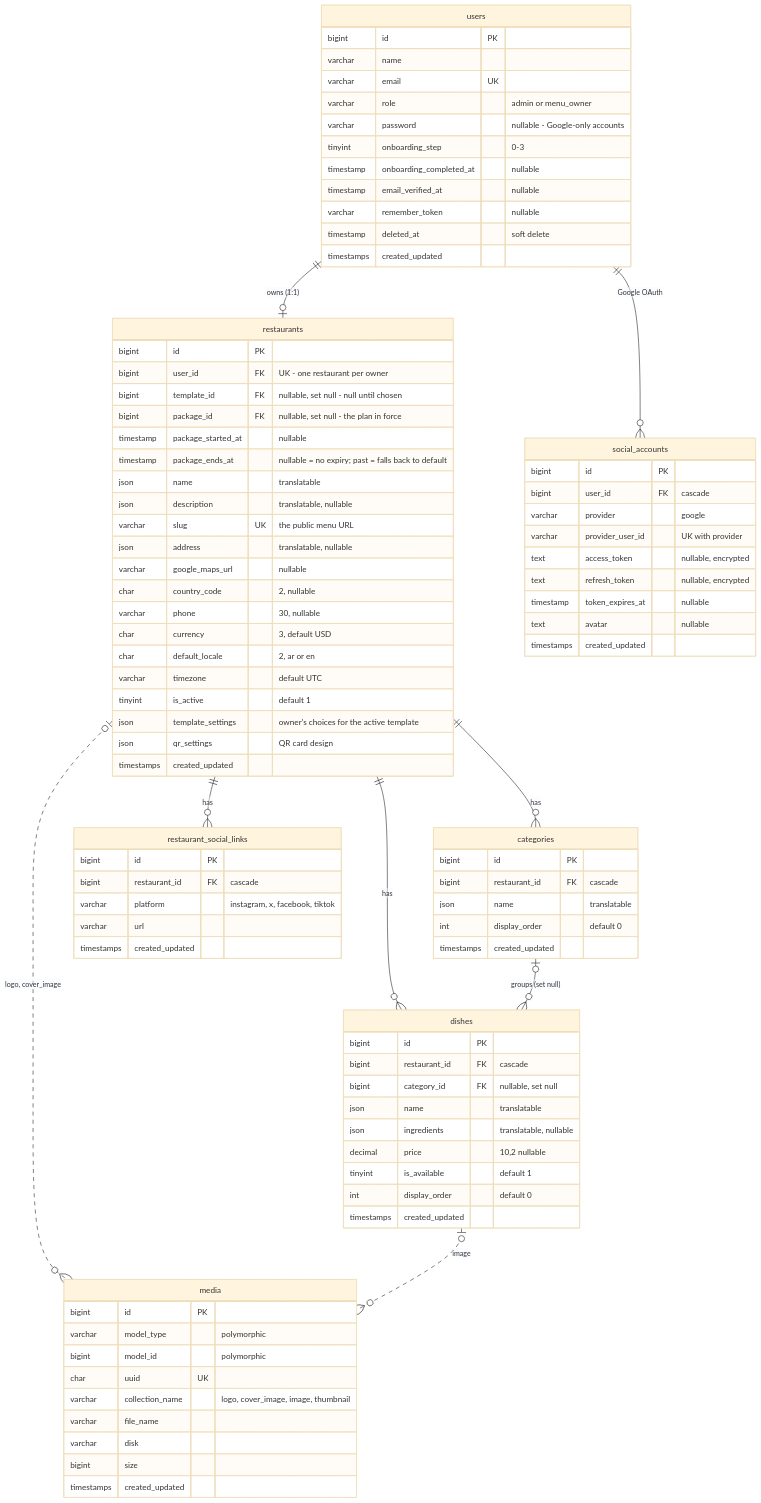
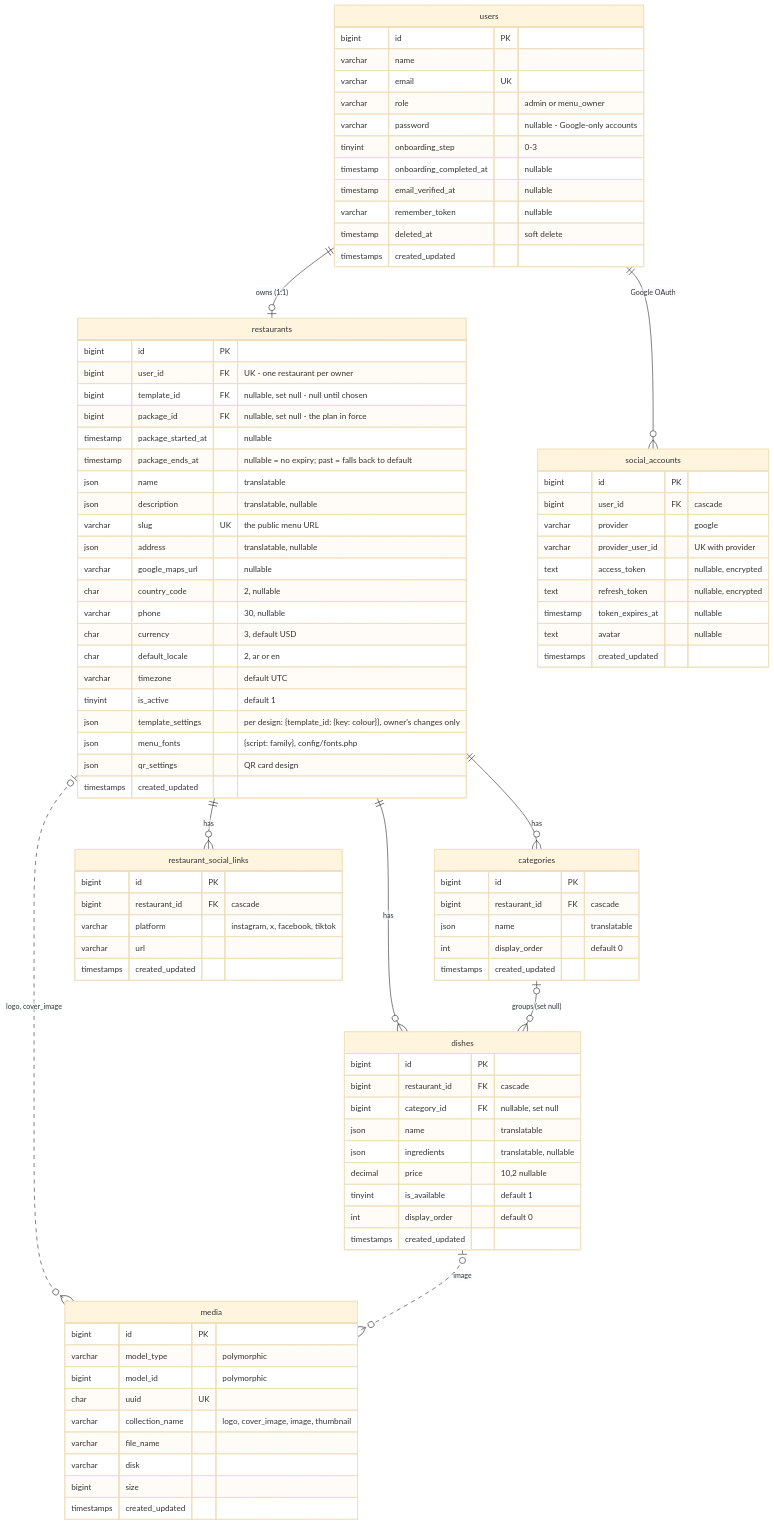
The first of 3 diagrams in docs/database-erd.md (Danyseifedine/qayema), drawn with Mermaid (base theme) before and after one commit. The commit also changed 34 other files, not shown here.

First line of the commit message:
Enhance template settings and color management for restaurant designs

```diff
--- a/docs/database-erd.md
+++ b/docs/database-erd.md
@@ -46,7 +46,8 @@
         char default_locale "2, ar or en"
         varchar timezone "default UTC"
         tinyint is_active "default 1"
-        json template_settings "owner's choices for the active template"
+        json template_settings "per design: {template_id: {key: colour}}, owner's changes only"
+        json menu_fonts "{script: family}, config/fonts.php"
         json qr_settings "QR card design"
         timestamps created_updated
     }
```
